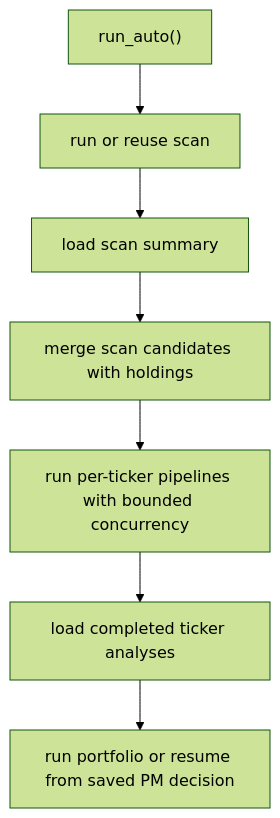
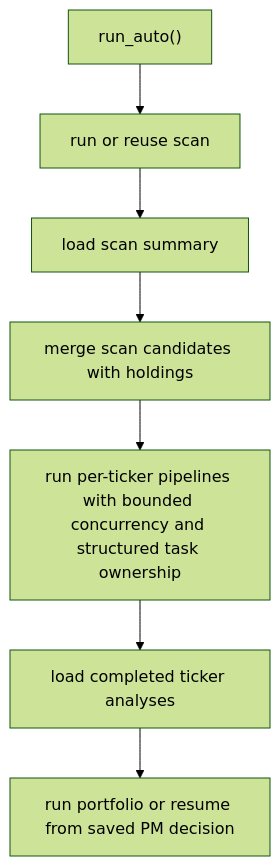
The fourth of 4 diagrams in docs/graph_flows.md (TauricResearch/TradingAgents), drawn with Mermaid (forest theme) before and after one commit. The commit also changed other lines of this file and 3 other files, not shown here.

````diff
--- a/docs/graph_flows.md
+++ b/docs/graph_flows.md
@@ -96,9 +96,9 @@
 ```mermaid
 flowchart TD
     A["run_auto()"] --> B["run or reuse scan"]
     B --> C["load scan summary"]
     C --> D["merge scan candidates with holdings"]
-    D --> E["run per-ticker pipelines with bounded concurrency"]
+    D --> E["run per-ticker pipelines with bounded concurrency and structured task ownership"]
     E --> F["load completed ticker analyses"]
     F --> G["run portfolio or resume from saved PM decision"]
 ```
````
